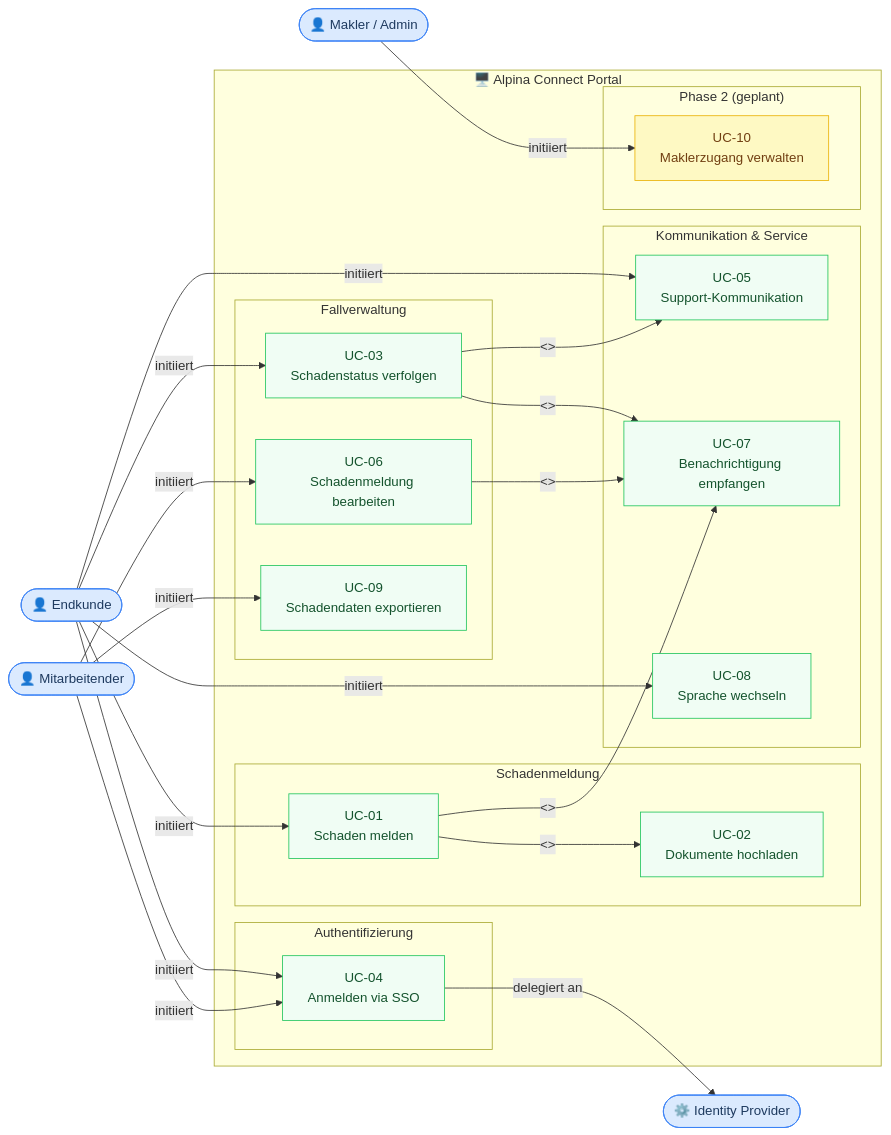
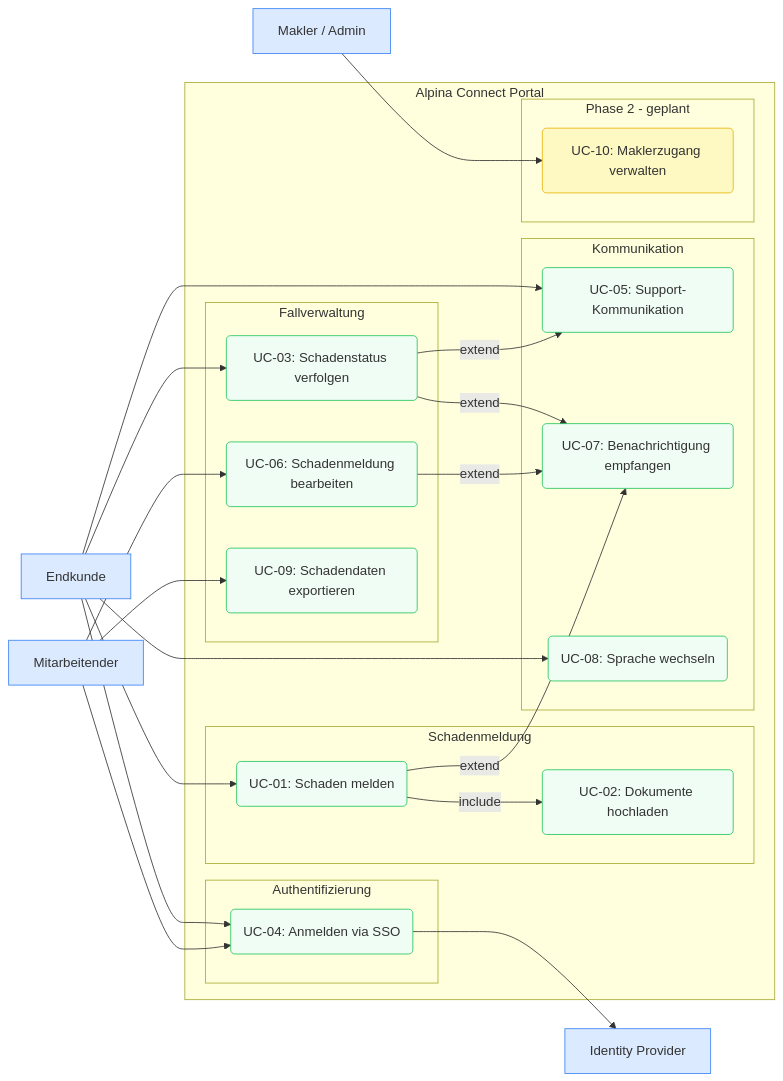
Before and after one commit to kathrintextor/alpina-connect: the diagram in _bmad-output/UML-UseCaseDiagramm-Alpina-Connect.md, drawn with Mermaid. The commit also changed other lines of this file, not shown here.

Commit message:
fix(uml): Mermaid-Syntax korrigiert - Emojis, ungueltige Knotentypen und Zeilenumbrueche entfernt
Fehlerquellen behoben: (["..."]) -> ["..."] Akteure, ("...") Use Cases,
Emojis aus Subgraph-Namen entfernt, \n in Labels entfernt, Kantenlabels
ohne Anfuehrungszeichen.

````diff
--- a/_bmad-output/UML-UseCaseDiagramm-Alpina-Connect.md
+++ b/_bmad-output/UML-UseCaseDiagramm-Alpina-Connect.md
@@ -16,70 +16,64 @@
 ```mermaid
 graph LR
-    %% Akteure
-    EK(["👤 Endkunde"])
-    MA(["👤 Mitarbeitender"])
-    MK(["👤 Makler / Admin"])
-    IDP(["⚙️ Identity Provider"])
+    EK["Endkunde"]
+    MA["Mitarbeitender"]
+    MK["Makler / Admin"]
+    IDP["Identity Provider"]
 
-    %% System-Boundary
-    subgraph SYS["🖥️ Alpina Connect Portal"]
+    subgraph Portal["Alpina Connect Portal"]
 
-        subgraph AUTH["Authentifizierung"]
-            UC04["UC-04\nAnmelden via SSO"]
+        subgraph Auth["Authentifizierung"]
+            UC04("UC-04: Anmelden via SSO")
         end
 
-        subgraph SCHADEN["Schadenmeldung"]
-            UC01["UC-01\nSchaden melden"]
-            UC02["UC-02\nDokumente hochladen"]
+        subgraph Schaden["Schadenmeldung"]
+            UC01("UC-01: Schaden melden")
+            UC02("UC-02: Dokumente hochladen")
         end
 
-        subgraph VERWALTUNG["Fallverwaltung"]
-            UC03["UC-03\nSchadenstatus verfolgen"]
-            UC06["UC-06\nSchadenmeldung bearbeiten"]
-            UC09["UC-09\nSchadendaten exportieren"]
+        subgraph Verwaltung["Fallverwaltung"]
+            UC03("UC-03: Schadenstatus verfolgen")
+            UC06("UC-06: Schadenmeldung bearbeiten")
+            UC09("UC-09: Schadendaten exportieren")
         end
 
-        subgraph KOMMUNIKATION["Kommunikation & Service"]
-            UC05["UC-05\nSupport-Kommunikation"]
-            UC07["UC-07\nBenachrichtigung empfangen"]
-            UC08["UC-08\nSprache wechseln"]
+        subgraph Kommunikation["Kommunikation"]
+            UC05("UC-05: Support-Kommunikation")
+            UC07("UC-07: Benachrichtigung empfangen")
+            UC08("UC-08: Sprache wechseln")
         end
 
-        subgraph ZUKUNFT["Phase 2 (geplant)"]
-            UC10["UC-10\nMaklerzugang verwalten"]
+        subgraph Zukunft["Phase 2 - geplant"]
+            UC10("UC-10: Maklerzugang verwalten")
         end
 
     end
 
-    %% Akteur-Verbindungen
-    EK -->|"initiiert"| UC04
-    MA -->|"initiiert"| UC04
-    UC04 -->|"delegiert an"| IDP
+    EK --> UC04
+    MA --> UC04
+    UC04 --> IDP
 
-    EK -->|"initiiert"| UC01
-    EK -->|"initiiert"| UC03
-    EK -->|"initiiert"| UC05
-    EK -->|"initiiert"| UC08
+    EK --> UC01
+    EK --> UC03
+    EK --> UC05
+    EK --> UC08
 
-    MA -->|"initiiert"| UC06
-    MA -->|"initiiert"| UC09
+    MA --> UC06
+    MA --> UC09
 
-    MK -->|"initiiert"| UC10
+    MK --> UC10
 
-    %% UML-Beziehungen
-    UC01 -->|"<<include>>"| UC02
-    UC01 -->|"<<extend>>"| UC07
-    UC03 -->|"<<extend>>"| UC05
-    UC03 -->|"<<extend>>"| UC07
-    UC06 -->|"<<extend>>"| UC07
+    UC01 -->|include| UC02
+    UC01 -->|extend| UC07
+    UC03 -->|extend| UC05
+    UC03 -->|extend| UC07
+    UC06 -->|extend| UC07
 
-    %% Styling
-    classDef actor fill:#dbeafe,stroke:#3b82f6,color:#1e3a5f
-    classDef usecase fill:#f0fdf4,stroke:#22c55e,color:#14532d
-    classDef future fill:#fef9c3,stroke:#eab308,color:#713f12
-    classDef system fill:#f8fafc,stroke:#94a3b8
+    classDef actor fill:#dbeafe,stroke:#3b82f6
+    classDef usecase fill:#f0fdf4,stroke:#22c55e
+    classDef future fill:#fef9c3,stroke:#eab308
 
     class EK,MA,MK,IDP actor
     class UC01,UC02,UC03,UC04,UC05,UC06,UC07,UC08,UC09 usecase
     class UC10 future
 ```
````
